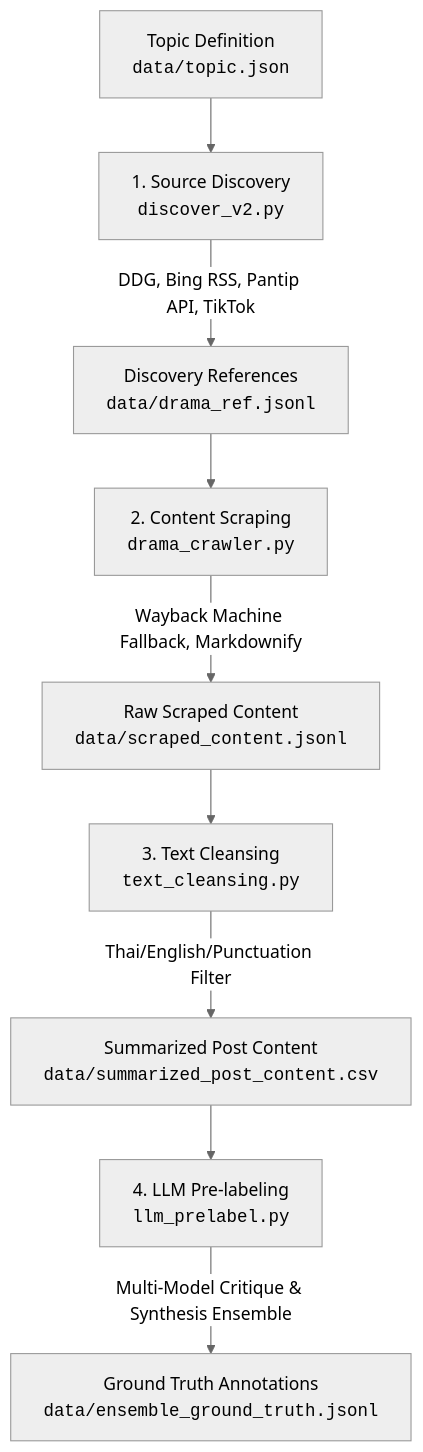
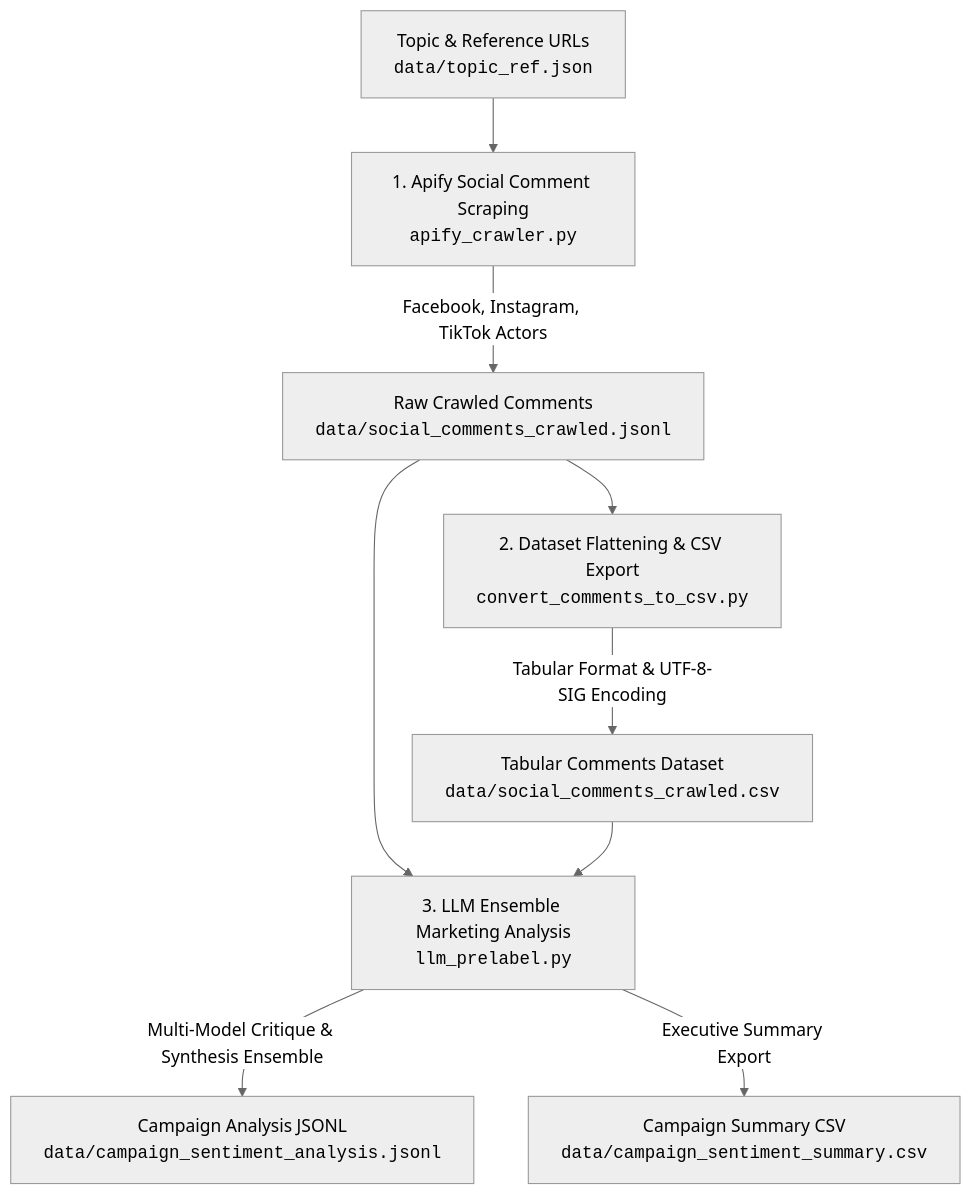
One commit to Celesca/DEEDY changed the diagram in 1_data-prep/apify/README.md. Above: the diagram before and after it, drawn with Mermaid (neutral theme). The commit also changed other lines of this file, not shown here.

Commit message:
fix: data prep README

````diff
--- a/1_data-prep/apify/README.md
+++ b/1_data-prep/apify/README.md
@@ -3,11 +3,10 @@
 ```mermaid
 flowchart TD
-    A["Topic Definition<br/><code>data/topic.json</code>"] --> B["1. Source Discovery<br/><code>discover_v2.py</code>"]
-    B -->|DDG, Bing RSS, Pantip API, TikTok| C["Discovery References<br/><code>data/drama_ref.jsonl</code>"]
-    C --> D["2. Content Scraping<br/><code>drama_crawler.py</code>"]
-    D -->|Wayback Machine Fallback, Markdownify| E["Raw Scraped Content<br/><code>data/scraped_content.jsonl</code>"]
-    E --> F["3. Text Cleansing<br/><code>text_cleansing.py</code>"]
-    F -->|Thai/English/Punctuation Filter| G["Summarized Post Content<br/><code>data/summarized_post_content.csv</code>"]
-    G --> H["4. LLM Pre-labeling<br/><code>llm_prelabel.py</code>"]
-    H -->|Multi-Model Critique & Synthesis Ensemble| I["Ground Truth Annotations<br/><code>data/ensemble_ground_truth.jsonl</code>"]
+    A["Topic & Reference URLs<br/><code>data/topic_ref.json</code>"] --> B["1. Apify Social Comment Scraping<br/><code>apify_crawler.py</code>"]
+    B -->|Facebook, Instagram, TikTok Actors| C["Raw Crawled Comments<br/><code>data/social_comments_crawled.jsonl</code>"]
+    C --> D["2. Dataset Flattening & CSV Export<br/><code>convert_comments_to_csv.py</code>"]
+    D -->|Tabular Format & UTF-8-SIG Encoding| E["Tabular Comments Dataset<br/><code>data/social_comments_crawled.csv</code>"]
+    C & E --> F["3. LLM Ensemble Marketing Analysis<br/><code>llm_prelabel.py</code>"]
+    F -->|Multi-Model Critique & Synthesis Ensemble| G["Campaign Analysis JSONL<br/><code>data/campaign_sentiment_analysis.jsonl</code>"]
+    F -->|Executive Summary Export| H["Campaign Summary CSV<br/><code>data/campaign_sentiment_summary.csv</code>"]
 ```
````
